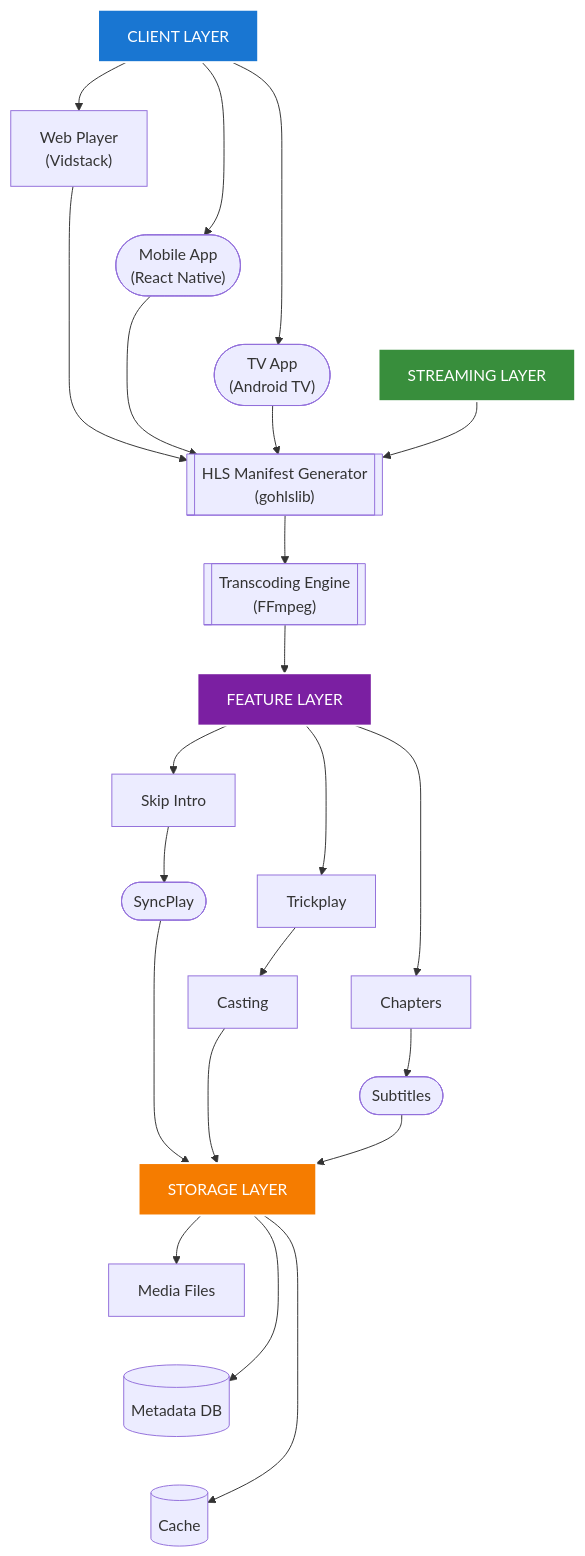
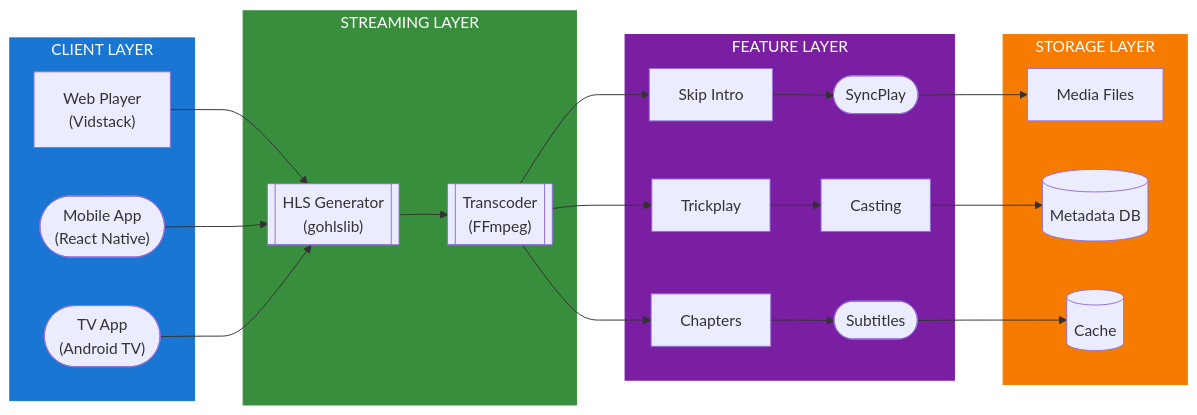
The diagram in docs/dev/design/architecture/04_PLAYER_ARCHITECTURE.md (lusoris/revenge), drawn with Mermaid before and after one commit. The commit also changed 1 other file, not shown here.

Commit message:
fix(diagrams): use flowchart LR with subgraphs for cleaner layout
Subgraphs provide natural layer grouping without forcing node positions.
LR direction with subgraphs should create cleaner vertical layer stacking.

````diff
--- a/docs/dev/design/architecture/04_PLAYER_ARCHITECTURE.md
+++ b/docs/dev/design/architecture/04_PLAYER_ARCHITECTURE.md
@@ -61,63 +61,47 @@
 ```mermaid
-flowchart TD
-    %% CLIENT LAYER
-    CL["CLIENT LAYER"]
-    Web["Web Player<br/>(Vidstack)"]
-    Mobile(["Mobile App<br/>(React Native)"])
-    TV(["TV App<br/>(Android TV)"])
+flowchart LR
+    subgraph Clients["CLIENT LAYER"]
+        Web["Web Player<br/>(Vidstack)"]
+        Mobile(["Mobile App<br/>(React Native)"])
+        TV(["TV App<br/>(Android TV)"])
+    end
 
-    %% STREAMING LAYER
-    SL["STREAMING LAYER"]
-    HLS[["HLS Manifest Generator<br/>(gohlslib)"]]
-    Trans[["Transcoding Engine<br/>(FFmpeg)"]]
+    subgraph Streaming["STREAMING LAYER"]
+        HLS[["HLS Generator<br/>(gohlslib)"]]
+        Trans[["Transcoder<br/>(FFmpeg)"]]
+    end
 
-    %% FEATURE LAYER
-    FL["FEATURE LAYER"]
-    Skip["Skip Intro"]
-    Trick["Trickplay"]
-    Chap["Chapters"]
-    Sync(["SyncPlay"])
-    Cast["Casting"]
-    Subs(["Subtitles"])
+    subgraph Features["FEATURE LAYER"]
+        Skip["Skip Intro"]
+        Trick["Trickplay"]
+        Chap["Chapters"]
+        Sync(["SyncPlay"])
+        Cast["Casting"]
+        Subs(["Subtitles"])
+    end
 
-    %% STORAGE LAYER
-    STL["STORAGE LAYER"]
-    Media["Media Files"]
-    MetaDB[("Metadata DB")]
-    Cache[("Cache")]
+    subgraph Storage["STORAGE LAYER"]
+        Media["Media Files"]
+        MetaDB[("Metadata DB")]
+        Cache[("Cache")]
+    end
 
-    %% Invisible links for horizontal layout
-    Web ~~~ Mobile ~~~ TV
-    Skip ~~~ Trick ~~~ Chap
-    Sync ~~~ Cast ~~~ Subs
-    Media ~~~ MetaDB ~~~ Cache
-
-    %% Vertical connections between layers
-    CL --> Web
-    CL --> Mobile
-    CL --> TV
     Web --> HLS
     Mobile --> HLS
     TV --> HLS
-    SL --> HLS
     HLS --> Trans
-    Trans --> FL
-    FL --> Skip
-    FL --> Trick
-    FL --> Chap
+    Trans --> Skip
+    Trans --> Trick
+    Trans --> Chap
     Skip --> Sync
     Trick --> Cast
     Chap --> Subs
-    Sync --> STL
-    Cast --> STL
-    Subs --> STL
-    STL --> Media
-    STL --> MetaDB
-    STL --> Cache
+    Sync --> Media
+    Cast --> MetaDB
+    Subs --> Cache
 
-    %% Layer styling
-    style CL fill:#1976D2,stroke:#fff,stroke-width:2px,color:#fff
-    style SL fill:#388E3C,stroke:#fff,stroke-width:2px,color:#fff
-    style FL fill:#7B1FA2,stroke:#fff,stroke-width:2px,color:#fff
-    style STL fill:#F57C00,stroke:#fff,stroke-width:2px,color:#fff
+    style Clients fill:#1976D2,stroke:#1976D2,color:#fff
+    style Streaming fill:#388E3C,stroke:#388E3C,color:#fff
+    style Features fill:#7B1FA2,stroke:#7B1FA2,color:#fff
+    style Storage fill:#F57C00,stroke:#F57C00,color:#fff
 ```
````
